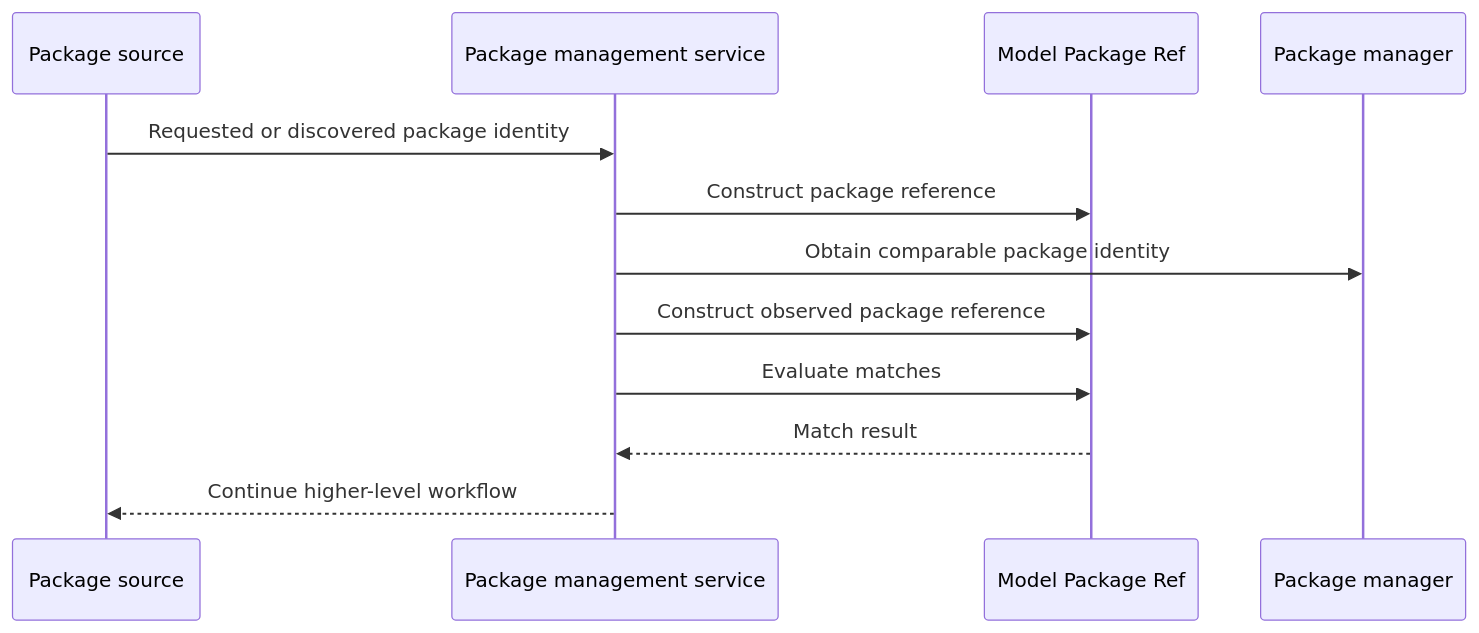
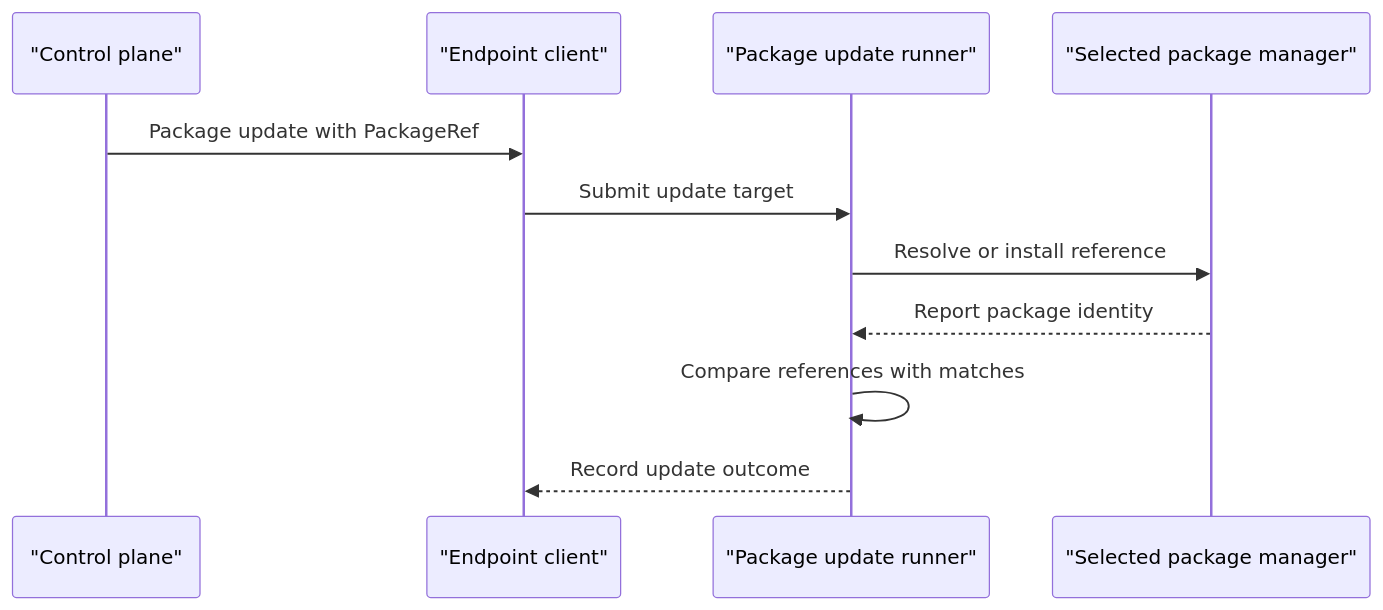
Before and after one commit to flamingo-stack/openframe-oss-tenant: the third of 3 diagrams in docs/reference/architecture/openframe-client-core/model-package-ref/model-package-ref.md, drawn with Mermaid. The commit also changed other lines of this file and 2377 other files, not shown here.

````diff
--- a/docs/reference/architecture/openframe-client-core/model-package-ref/model-package-ref.md
+++ b/docs/reference/architecture/openframe-client-core/model-package-ref/model-package-ref.md
@@ -140,14 +110,13 @@
 ```mermaid
 sequenceDiagram
-    participant Source as Package source
-    participant Service as Package management service
-    participant Ref as Model Package Ref
-    participant Manager as Package manager
-    Source->>Service: Requested or discovered package identity
-    Service->>Ref: Construct package reference
-    Service->>Manager: Obtain comparable package identity
-    Service->>Ref: Construct observed package reference
-    Service->>Ref: Evaluate matches
-    Ref-->>Service: Match result
-    Service-->>Source: Continue higher-level workflow
+    participant Server as "Control plane"
+    participant Client as "Endpoint client"
+    participant Update as "Package update runner"
+    participant Manager as "Selected package manager"
+    Server->>Client: Package update with PackageRef
+    Client->>Update: Submit update target
+    Update->>Manager: Resolve or install reference
+    Manager-->>Update: Report package identity
+    Update->>Update: Compare references with matches
+    Update-->>Client: Record update outcome
 ```
````
